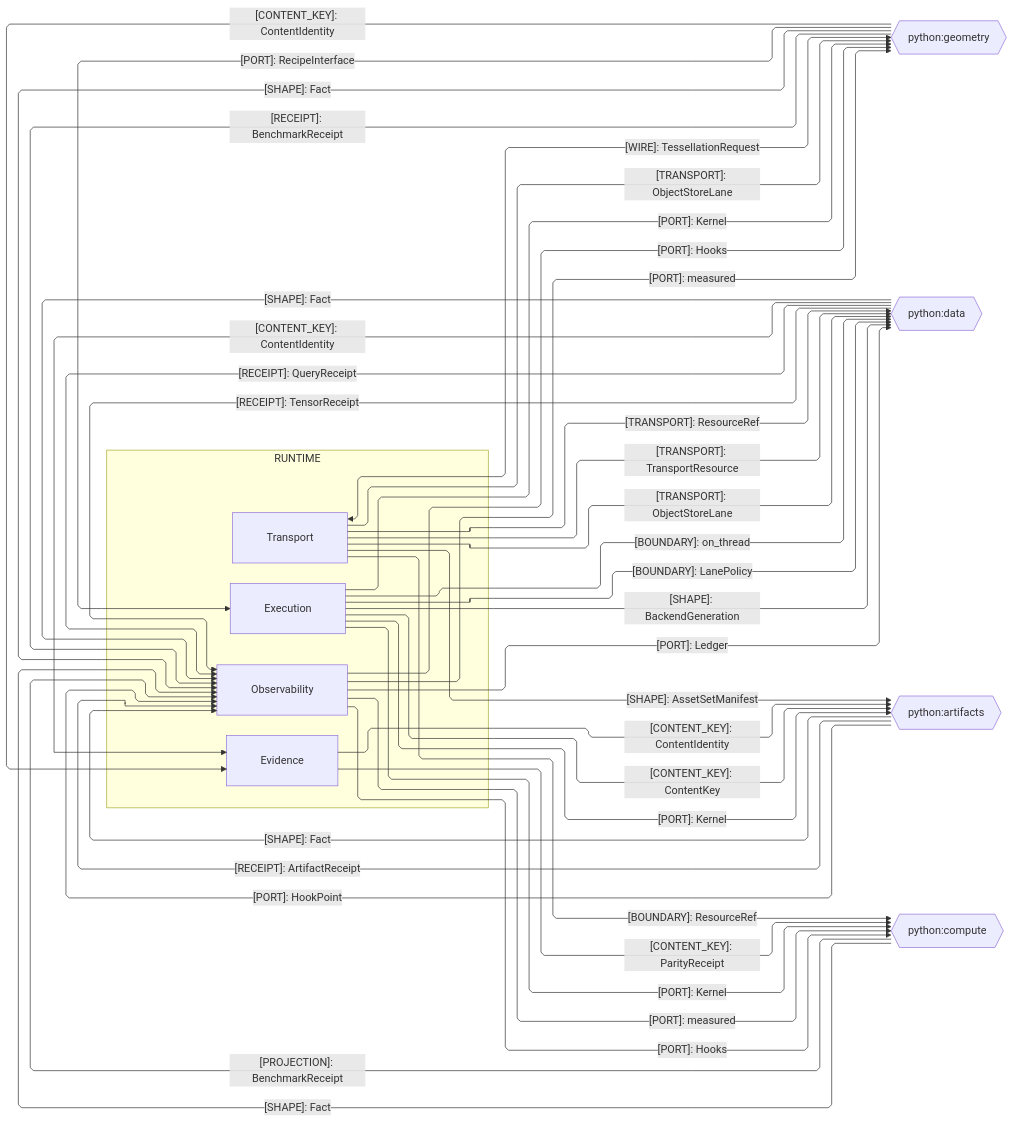
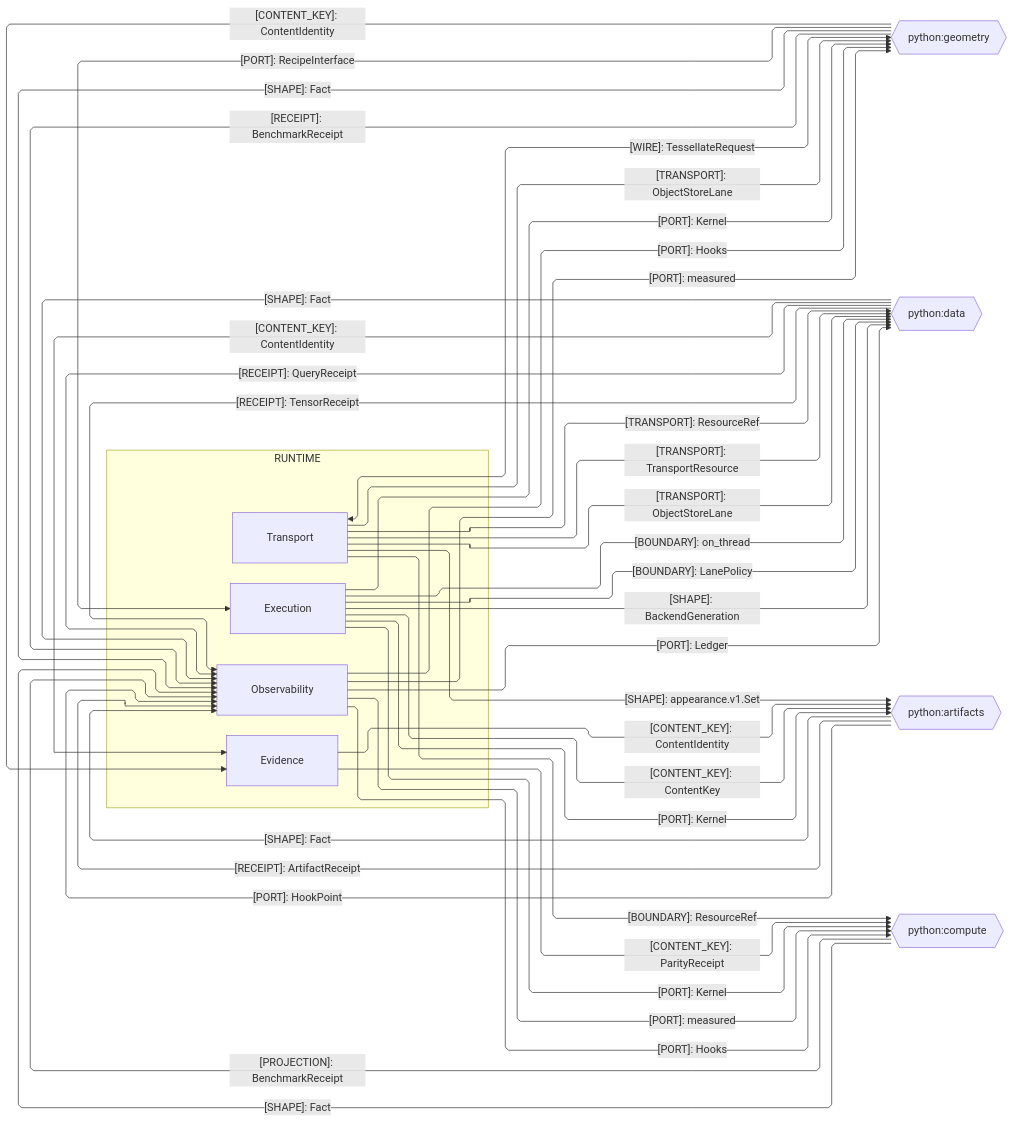
The third of 4 diagrams in libs/python/runtime/ARCHITECTURE.md (bsamiee/Rasm), drawn with Mermaid before and after one commit. The commit also changed other lines of this file and 820 other files, not shown here.

````diff
--- a/libs/python/runtime/ARCHITECTURE.md
+++ b/libs/python/runtime/ARCHITECTURE.md
@@ -184,56 +179,56 @@
 ```mermaid
 ---
 config:
   layout: elk
   flowchart:
     curve: linear
     padding: 25
 ---
 flowchart LR
     accTitle: Runtime cross-package Python seams
     accDescr: Runtime sub-domain owners exchanging content identity, transport, kernel and hook ports, and receipts with the Python siblings.
     subgraph runtime[RUNTIME]
         Transport[Transport]
         Evidence[Evidence]
         Observability[Observability]
         Execution[Execution]
     end
     Geometry{{python:geometry}}
     Data{{python:data}}
     Artifacts{{python:artifacts}}
     Compute{{python:compute}}
-    Transport e1@<-->|"[WIRE]: TessellationRequest"| Geometry
+    Transport e1@<-->|"[WIRE]: TessellateRequest"| Geometry
     Geometry e2@-->|"[CONTENT_KEY]: ContentIdentity"| Evidence
     Geometry e3@-->|"[PORT]: RecipeInterface"| Execution
     Data e4@-->|"[CONTENT_KEY]: ContentIdentity"| Evidence
     Transport e5@-->|"[TRANSPORT]: ResourceRef"| Data
     Transport e6@-->|"[TRANSPORT]: TransportResource"| Data
     Observability e7@-->|"[PORT]: Ledger"| Data
     Data e8@-->|"[RECEIPT]: QueryReceipt"| Observability
     Data e9@-->|"[RECEIPT]: TensorReceipt"| Observability
     Execution e10@-->|"[BOUNDARY]: on_thread"| Data
     Execution e11@-->|"[BOUNDARY]: LanePolicy"| Data
     Execution e12@-->|"[SHAPE]: BackendGeneration"| Data
     Evidence e13@-->|"[CONTENT_KEY]: ContentIdentity"| Artifacts
     Artifacts e14@-->|"[RECEIPT]: ArtifactReceipt"| Observability
     Execution e15@-->|"[CONTENT_KEY]: ContentKey"| Artifacts
     Execution e16@-->|"[PORT]: Kernel"| Artifacts
-    Transport e17@-->|"[SHAPE]: AssetSetManifest"| Artifacts
+    Transport e17@-->|"[SHAPE]: appearance.v1.Set"| Artifacts
     Artifacts e18@-->|"[PORT]: HookPoint"| Observability
     Evidence e19@-->|"[CONTENT_KEY]: ParityReceipt"| Compute
     Transport e20@-->|"[BOUNDARY]: ResourceRef"| Compute
     Observability e21@-->|"[PORT]: measured"| Compute
     Execution e22@-->|"[PORT]: Kernel"| Compute
     Transport e23@-->|"[TRANSPORT]: ObjectStoreLane"| Data
     Transport e24@-->|"[TRANSPORT]: ObjectStoreLane"| Geometry
     Artifacts e25@-->|"[SHAPE]: Fact"| Observability
     Compute e26@-->|"[SHAPE]: Fact"| Observability
     Data e27@-->|"[SHAPE]: Fact"| Observability
     Geometry e28@-->|"[SHAPE]: Fact"| Observability
     Observability e23@-->|"[PORT]: Hooks"| Compute
     Compute e24@-->|"[PROJECTION]: BenchmarkReceipt"| Observability
     Execution e25@-->|"[PORT]: Kernel"| Geometry
     Geometry e26@-->|"[RECEIPT]: BenchmarkReceipt"| Observability
     Observability e27@-->|"[PORT]: measured"| Geometry
     Observability e28@-->|"[PORT]: Hooks"| Geometry
 ```
````
